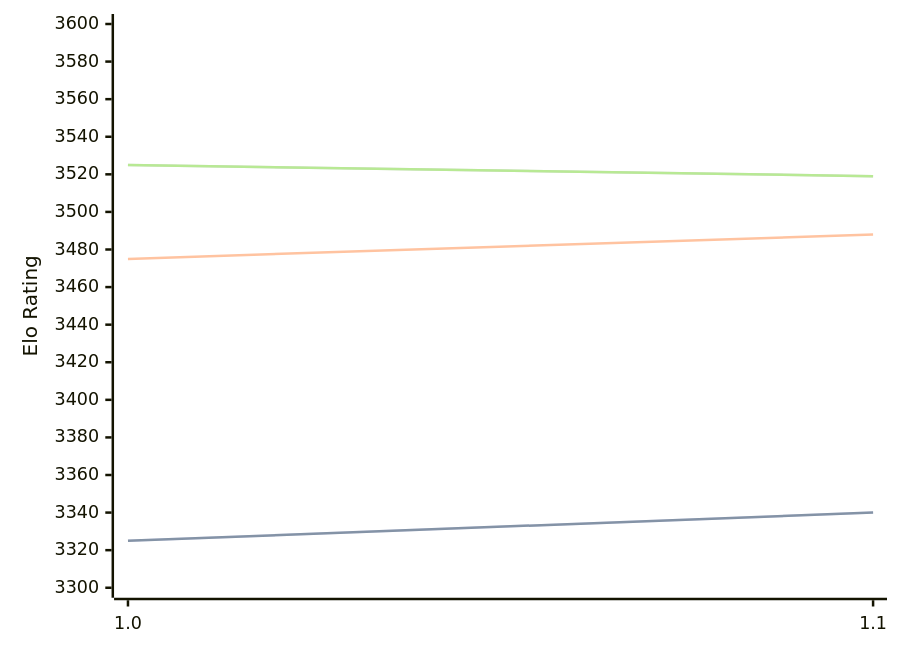
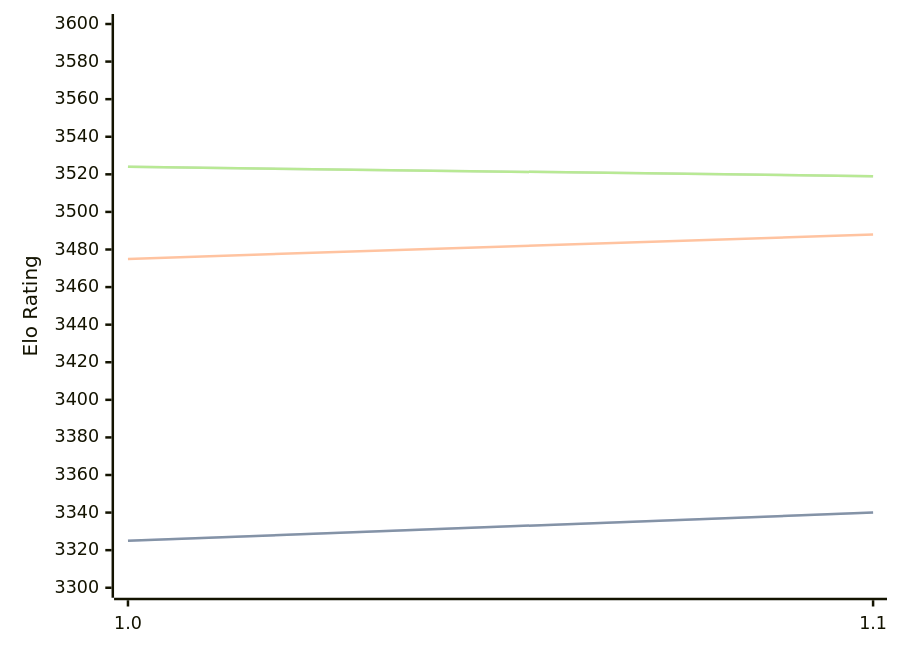
The diagram in engines/Horsie.md (computer-chess-index/cci), drawn with Mermaid before and after one commit. The commit also changed other lines of this file, not shown here.

Commit message:
Update CCI Ratings (ELO VLTC) - 2026-07-27

````diff
--- a/engines/Horsie.md
+++ b/engines/Horsie.md
@@ -32,11 +32,11 @@
 ```mermaid
 %%{init: {"theme":"base","themeVariables":{"seriesColors:['#a3a3a3','#222221','#faa371']}}}%%
 xychart-beta
   x-axis ["1.0", "1.1"]
   y-axis "Elo Rating" 3300 --> 3600
   line "STC (8.0+0.08s)" [3325, 3340]
   line "STC (8.0+0.08s)" [3325, 3340]
   line "LTC (60.0+0.60s)" [3475, 3488]
-  line "VLTC (2m24s+1.12s)" [3525, 3519]
-  line "VLTC (2m24s+1.12s)" [3525, 3519]
+  line "VLTC (2m24s+1.12s)" [3524, 3519]
+  line "VLTC (2m24s+1.12s)" [3524, 3519]
 ```
````
